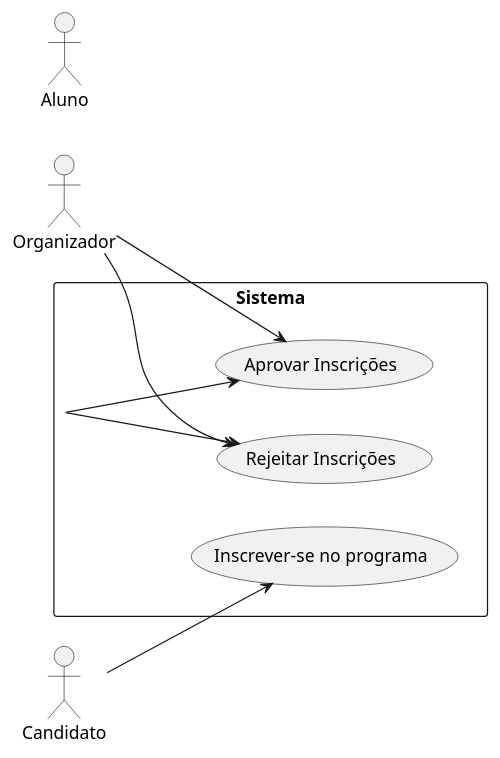
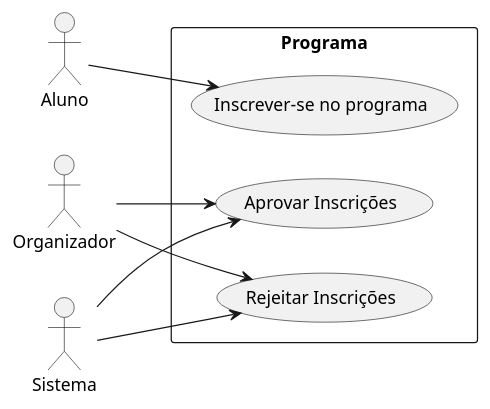
The diagram in Elaboracao/diagramaDeUC.wsd (Projetos-de-Extensao/PBE_25.2_8004_Pioneiros), drawn with PlantUML before and after one commit.

Commit message:
Deployed aad4e08 with MkDocs version: 1.6.1

```diff
--- a/Elaboracao/diagramaDeUC.wsd
+++ b/Elaboracao/diagramaDeUC.wsd
@@ -1,25 +1,25 @@
 @startuml DiagramaUC
 ' Define a direção do diagrama da esquerda para a direita
 left to right direction
 
 ' Atores
 actor Organizador
 actor Aluno
 actor Sistema
 
 ' Casos de Uso
-rectangle Sistema {
+rectangle Programa {
   ' Casos de uso
   usecase "Aprovar Inscrições" as UC1
   usecase "Rejeitar Inscrições" as UC2
   usecase "Inscrever-se no programa" as UC3
 }
 
 ' Relações
 Organizador --> UC1
 Organizador --> UC2
 Sistema --> UC2
 Sistema --> UC1
-Candidato --> UC3
+Aluno --> UC3
 
 @enduml
```
